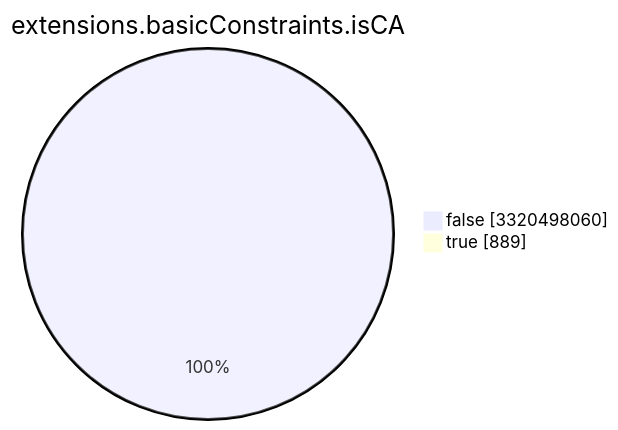
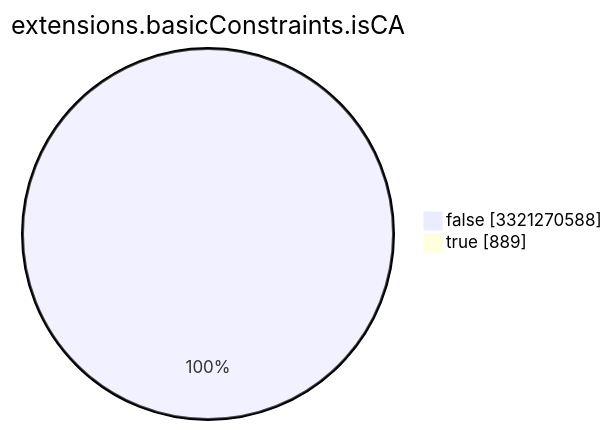
One commit to christiankrug/ctmonitor_visualization changed the seventh of 15 diagrams in TOTAL/README.md. Above: the diagram before and after it, drawn with Mermaid. The commit also changed other lines of this file, not shown here.

````diff
--- a/TOTAL/README.md
+++ b/TOTAL/README.md
@@ -3089,6 +3089,6 @@
 ```mermaid
 pie showData
 title extensions.basicConstraints.isCA
-"false" :3320498060
+"false" :3321270588
 "true" :889
 ```
````
